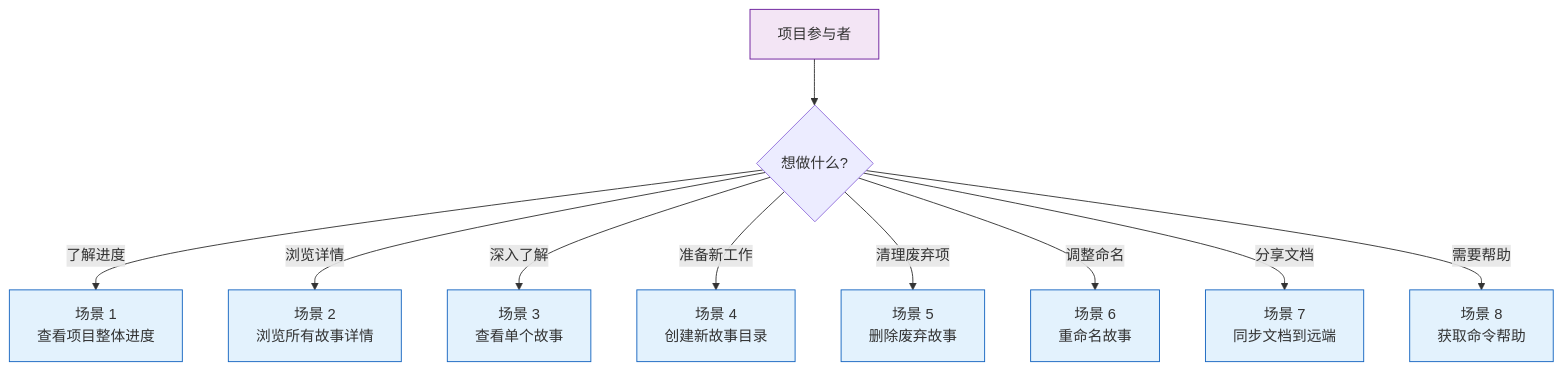
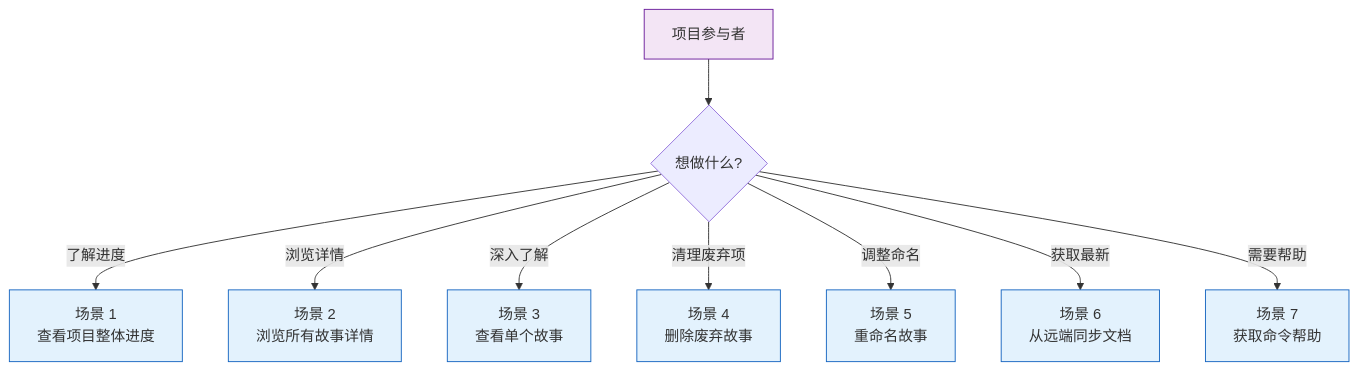
Before and after one commit to effiy/YrY: the second of 10 diagrams in docs/故事任务面板/rui-story/02-用户使用场景.md, drawn with Mermaid. The commit also changed other lines of this file and 6 other files, not shown here.

````diff
--- a/docs/故事任务面板/rui-story/02-用户使用场景.md
+++ b/docs/故事任务面板/rui-story/02-用户使用场景.md
@@ -32,15 +72,14 @@
 ```mermaid
 flowchart TD
     USER["项目参与者"]:::user --> Q1{"想做什么?"}
     Q1 -->|"了解进度"| S1["场景 1<br/>查看项目整体进度"]:::scene
     Q1 -->|"浏览详情"| S2["场景 2<br/>浏览所有故事详情"]:::scene
     Q1 -->|"深入了解"| S3["场景 3<br/>查看单个故事"]:::scene
-    Q1 -->|"准备新工作"| S4["场景 4<br/>创建新故事目录"]:::scene
-    Q1 -->|"清理废弃项"| S5["场景 5<br/>删除废弃故事"]:::scene
-    Q1 -->|"调整命名"| S6["场景 6<br/>重命名故事"]:::scene
-    Q1 -->|"分享文档"| S7["场景 7<br/>同步文档到远端"]:::scene
-    Q1 -->|"需要帮助"| S8["场景 8<br/>获取命令帮助"]:::scene
+    Q1 -->|"清理废弃项"| S4["场景 4<br/>删除废弃故事"]:::scene
+    Q1 -->|"调整命名"| S5["场景 5<br/>重命名故事"]:::scene
+    Q1 -->|"获取最新"| S6["场景 6<br/>从远端同步文档"]:::scene
+    Q1 -->|"需要帮助"| S7["场景 7<br/>获取命令帮助"]:::scene
 
     classDef user fill:#f3e5f5,stroke:#6a1b9a;
     classDef scene fill:#e3f2fd,stroke:#1565c0;
 ```
````
